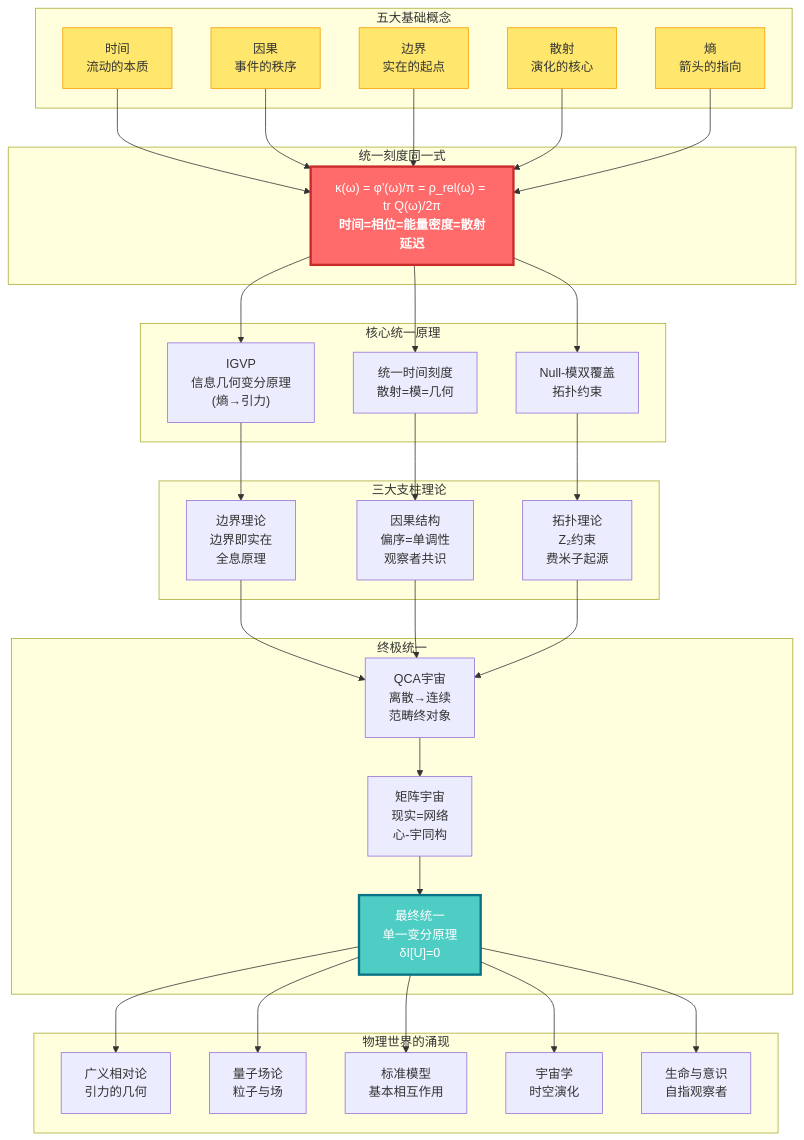
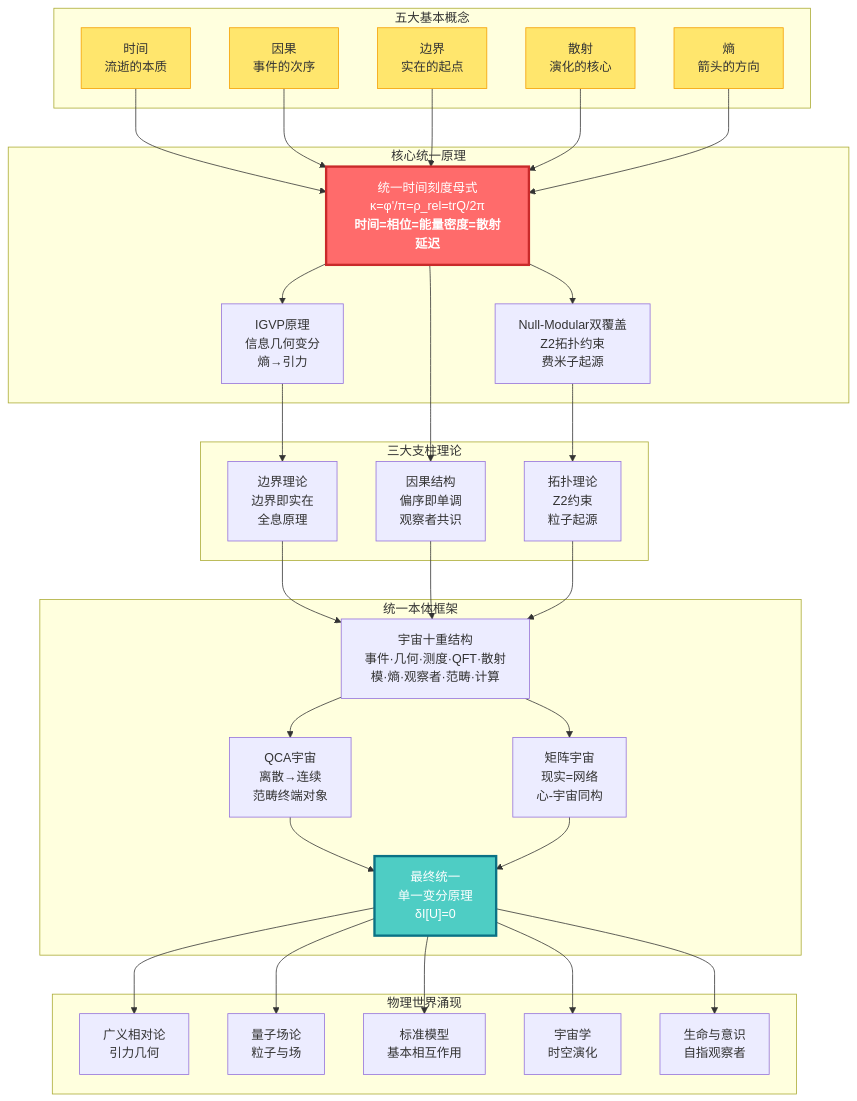
The first of 3 diagrams in docs/euler-article/gls-union/index.md (loning/zeckendorf-hilbert), drawn with Mermaid before and after one commit. The commit also changed other lines of this file and 26 other files, not shown here.

````diff
--- a/docs/euler-article/gls-union/index.md
+++ b/docs/euler-article/gls-union/index.md
@@ -28,75 +29,73 @@
 ```mermaid
 graph TB
     subgraph "核心统一原理"
-        IGVP["IGVP<br/>信息几何变分原理<br/>(熵→引力)"]
-        TimeScale["统一时间刻度<br/>散射=模=几何"]
-        NullMod["Null-模双覆盖<br/>拓扑约束"]
+        Unity["统一时间刻度母式<br/>κ=φ'/π=ρ_rel=trQ/2π<br/><b>时间=相位=能量密度=散射延迟</b>"]
+        IGVP["IGVP原理<br/>信息几何变分<br/>熵→引力"]
+        NullMod["Null-Modular双覆盖<br/>Z2拓扑约束<br/>费米子起源"]
     end
 
-    subgraph "五大基础概念"
-        Time["时间<br/>流动的本质"]
-        Cause["因果<br/>事件的秩序"]
+    subgraph "五大基本概念"
+        Time["时间<br/>流逝的本质"]
+        Cause["因果<br/>事件的次序"]
         Bound["边界<br/>实在的起点"]
         Scatter["散射<br/>演化的核心"]
-        Entropy["熵<br/>箭头的指向"]
-    end
-
-    subgraph "统一刻度同一式"
-        Unity["κ(ω) = φ'(ω)/π = ρ_rel(ω) = tr Q(ω)/2π<br/><b>时间=相位=能量密度=散射延迟</b>"]
+        Entropy["熵<br/>箭头的方向"]
     end
 
     subgraph "三大支柱理论"
         Boundary["边界理论<br/>边界即实在<br/>全息原理"]
-        Causal["因果结构<br/>偏序=单调性<br/>观察者共识"]
-        Topo["拓扑理论<br/>Z₂约束<br/>费米子起源"]
+        Causal["因果结构<br/>偏序即单调<br/>观察者共识"]
+        Topo["拓扑理论<br/>Z2约束<br/>粒子起源"]
     end
 
-    subgraph "终极统一"
-        QCA["QCA宇宙<br/>离散→连续<br/>范畴终对象"]
-        Matrix["矩阵宇宙<br/>现实=网络<br/>心-宇同构"]
+    subgraph "统一本体框架"
+        TenFold["宇宙十重结构<br/>事件·几何·测度·QFT·散射<br/>模·熵·观察者·范畴·计算"]
+        QCA["QCA宇宙<br/>离散→连续<br/>范畴终端对象"]
+        Matrix["矩阵宇宙<br/>现实=网络<br/>心-宇宙同构"]
         Final["最终统一<br/>单一变分原理<br/>δI[U]=0"]
     end
 
-    subgraph "物理世界的涌现"
-        GR["广义相对论<br/>引力的几何"]
+    subgraph "物理世界涌现"
+        GR["广义相对论<br/>引力几何"]
         QFT["量子场论<br/>粒子与场"]
         SM["标准模型<br/>基本相互作用"]
         Cosmo["宇宙学<br/>时空演化"]
         Life["生命与意识<br/>自指观察者"]
     end
 
     Time --> Unity
     Cause --> Unity
     Bound --> Unity
     Scatter --> Unity
     Entropy --> Unity
 
     Unity --> IGVP
-    Unity --> TimeScale
     Unity --> NullMod
 
     IGVP --> Boundary
-    TimeScale --> Causal
+    Unity --> Causal
     NullMod --> Topo
 
-    Boundary --> QCA
-    Causal --> QCA
-    Topo --> QCA
+    Boundary --> TenFold
+    Causal --> TenFold
+    Topo --> TenFold
 
-    QCA --> Matrix
+    TenFold --> QCA
+    TenFold --> Matrix
+    QCA --> Final
     Matrix --> Final
 
     Final --> GR
     Final --> QFT
     Final --> SM
     Final --> Cosmo
     Final --> Life
 
     style Unity fill:#ff6b6b,stroke:#c92a2a,stroke-width:3px,color:#fff
     style Final fill:#4ecdc4,stroke:#0b7285,stroke-width:3px,color:#fff
     style Time fill:#ffe66d,stroke:#f59f00
     style Cause fill:#ffe66d,stroke:#f59f00
     style Bound fill:#ffe66d,stroke:#f59f00
     style Scatter fill:#ffe66d,stroke:#f59f00
     style Entropy fill:#ffe66d,stroke:#f59f00
 ```
````
